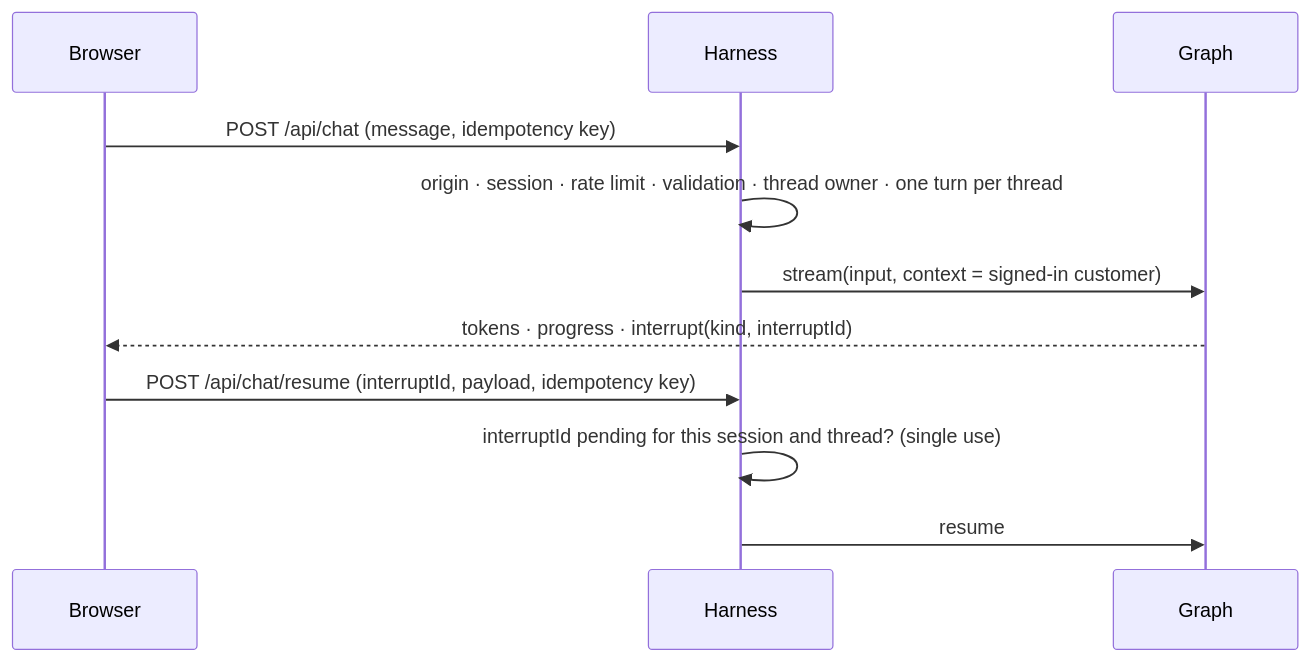
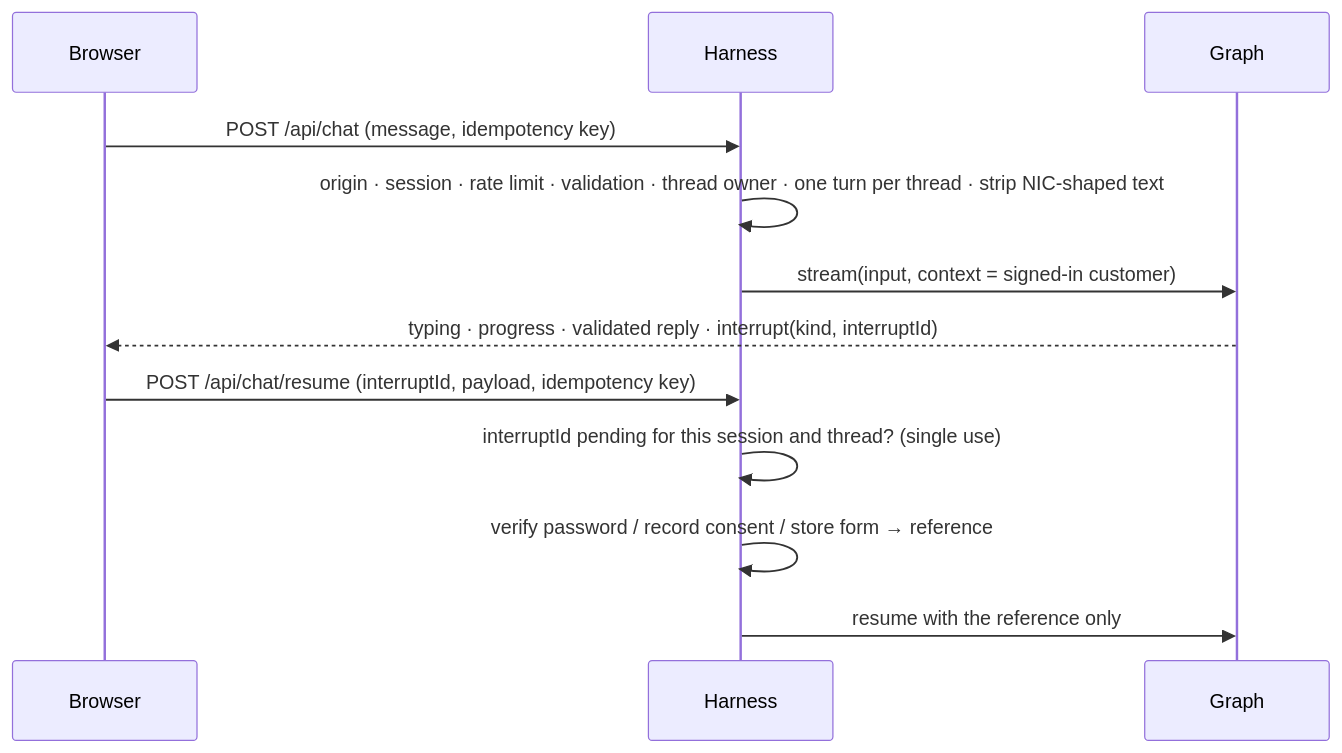
One commit to samitha9125/Kaya-Interview changed the third of 4 diagrams in docs/ARCHITECTURE.md. Above: the diagram before and after it, drawn with Mermaid. The commit also changed other lines of this file, not shown here.

First line of the commit message:
docs: make architecture guarantees precise after spec review

````diff
--- a/docs/ARCHITECTURE.md
+++ b/docs/ARCHITECTURE.md
@@ -119,13 +126,14 @@
 ```mermaid
 sequenceDiagram
   participant B as Browser
   participant H as Harness
   participant G as Graph
   B->>H: POST /api/chat (message, idempotency key)
-  H->>H: origin · session · rate limit · validation · thread owner · one turn per thread
+  H->>H: origin · session · rate limit · validation · thread owner · one turn per thread · strip NIC-shaped text
   H->>G: stream(input, context = signed-in customer)
-  G-->>B: tokens · progress · interrupt(kind, interruptId)
+  G-->>B: typing · progress · validated reply · interrupt(kind, interruptId)
   B->>H: POST /api/chat/resume (interruptId, payload, idempotency key)
   H->>H: interruptId pending for this session and thread? (single use)
-  H->>G: resume
+  H->>H: verify password / record consent / store form → reference
+  H->>G: resume with the reference only
 ```
````
